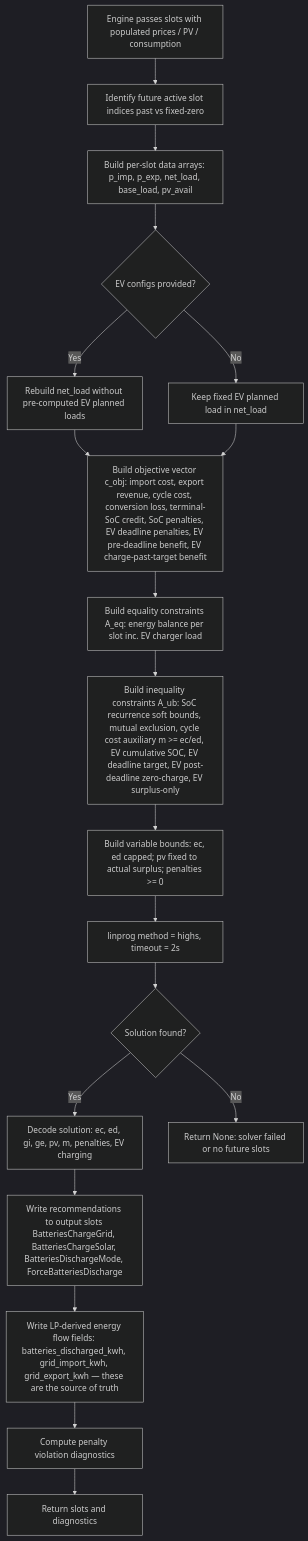
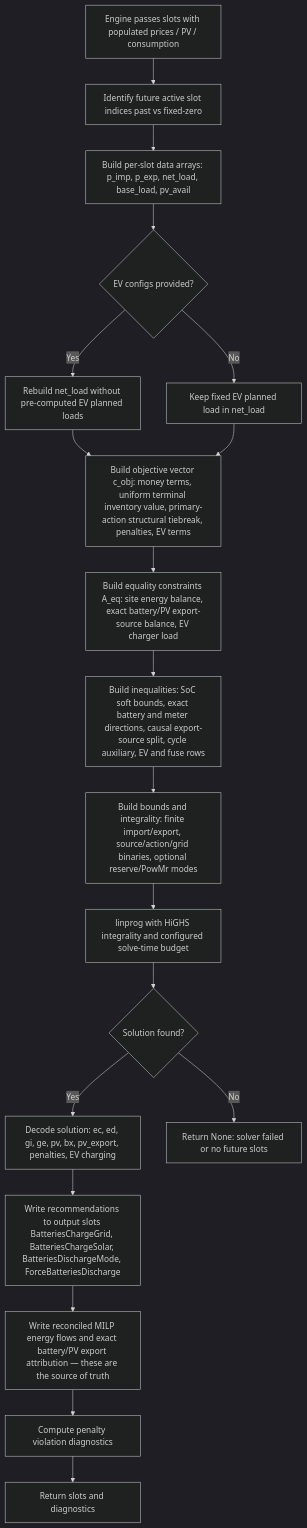
One commit to Ambilights/hsem-ambilights changed the first of 2 diagrams in docs/milp-optimization.md. Above: the diagram before and after it, drawn with Mermaid (dark theme). The commit also changed other lines of this file and 30 other files, not shown here.

````diff
--- a/docs/milp-optimization.md
+++ b/docs/milp-optimization.md
@@ -9,28 +9,28 @@
 ```mermaid
 flowchart TD
     A[Engine passes slots with populated prices / PV / consumption]
     B[Identify future active slot indices past vs fixed-zero]
     C[Build per-slot data arrays: p_imp, p_exp, net_load, base_load, pv_avail]
     D{EV configs provided?}
     E[Rebuild net_load without pre-computed EV planned loads]
     F[Keep fixed EV planned load in net_load]
-    G[Build objective vector c_obj: import cost, export revenue, cycle cost, conversion loss, terminal-SoC credit, SoC penalties, EV deadline penalties, EV pre-deadline benefit, EV charge-past-target benefit]
-    H[Build equality constraints A_eq: energy balance per slot inc. EV charger load]
-    I[Build inequality constraints A_ub: SoC recurrence soft bounds, mutual exclusion, cycle cost auxiliary m >= ec/ed, EV cumulative SOC, EV deadline target, EV post-deadline zero-charge, EV surplus-only]
-    J[Build variable bounds: ec, ed capped; pv fixed to actual surplus; penalties >= 0]
-    K[linprog method = highs, timeout = 2s]
+    G[Build objective vector c_obj: money terms, uniform terminal inventory value, primary-action structural tiebreak, penalties, EV terms]
+    H[Build equality constraints A_eq: site energy balance, exact battery/PV export-source balance, EV charger load]
+    I[Build inequalities: SoC soft bounds, exact battery and meter directions, causal export-source split, cycle auxiliary, EV and fuse rows]
+    J[Build bounds and integrality: finite import/export, source/action/grid binaries, optional reserve/PowMr modes]
+    K[linprog with HiGHS integrality and configured solve-time budget]
     L{Solution found?}
-    M[Decode solution: ec, ed, gi, ge, pv, m, penalties, EV charging]
+    M[Decode solution: ec, ed, gi, ge, pv, bx, pv_export, penalties, EV charging]
     N[Write recommendations to output slots BatteriesChargeGrid, BatteriesChargeSolar, BatteriesDischargeMode, ForceBatteriesDischarge]
-    N2[Write LP-derived energy flow fields: batteries_discharged_kwh, grid_import_kwh, grid_export_kwh — these are the source of truth]
+    N2[Write reconciled MILP energy flows and exact battery/PV export attribution — these are the source of truth]
     O[Compute penalty violation diagnostics]
     P[Return slots and diagnostics]
     Q[Return None: solver failed or no future slots]
 
     A --> B --> C --> D
     D -->|Yes| E --> G
     D -->|No| F --> G
     G --> H --> I --> J --> K --> L
     L -->|Yes| M --> N --> N2 --> O --> P
     L -->|No| Q
 ```
````
